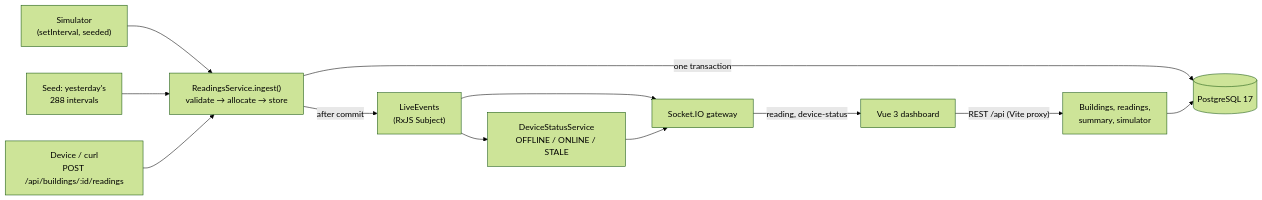
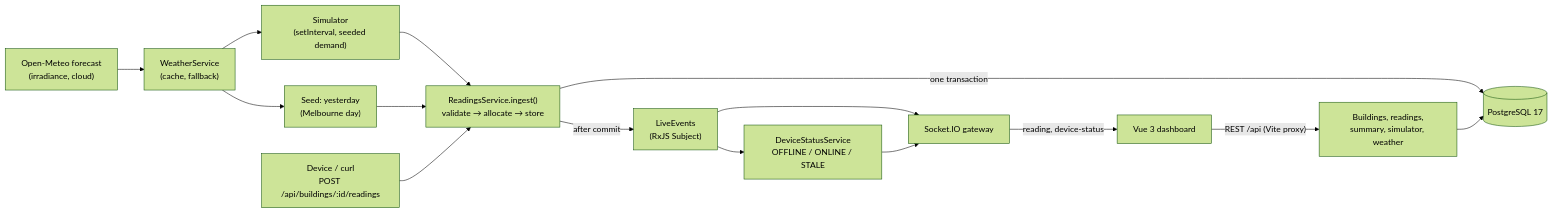
Before and after one commit to prottoyb/fairshare-solar: the diagram in README.md, drawn with Mermaid (forest theme). The commit also changed other lines of this file and 16 other files, not shown here.

First line of the commit message:
feat(web): Melbourne local time, Fawkner weather card, docs (W3)

````diff
--- a/README.md
+++ b/README.md
@@ -50,14 +50,17 @@
 ```mermaid
 flowchart LR
-  SIM["Simulator<br/>(setInterval, seeded)"] --> ING
-  SEED["Seed: yesterday's<br/>288 intervals"] --> ING
+  OM["Open-Meteo forecast<br/>(irradiance, cloud)"] --> WX["WeatherService<br/>(cache, fallback)"]
+  WX --> SIM
+  WX --> SEED
+  SIM["Simulator<br/>(setInterval, seeded demand)"] --> ING
+  SEED["Seed: yesterday<br/>(Melbourne day)"] --> ING
   DEV["Device / curl<br/>POST /api/buildings/:id/readings"] --> ING
   ING["ReadingsService.ingest()<br/>validate → allocate → store"] -->|one transaction| PG[(PostgreSQL 17)]
   ING -->|after commit| BUS["LiveEvents<br/>(RxJS Subject)"]
   BUS --> STATUS["DeviceStatusService<br/>OFFLINE / ONLINE / STALE"]
   BUS --> GW["Socket.IO gateway"]
   STATUS --> GW
   GW -->|reading, device-status| VUE["Vue 3 dashboard"]
-  VUE -->|"REST /api (Vite proxy)"| REST["Buildings, readings,<br/>summary, simulator"]
+  VUE -->|"REST /api (Vite proxy)"| REST["Buildings, readings,<br/>summary, simulator, weather"]
   REST --> PG
 ```
````
